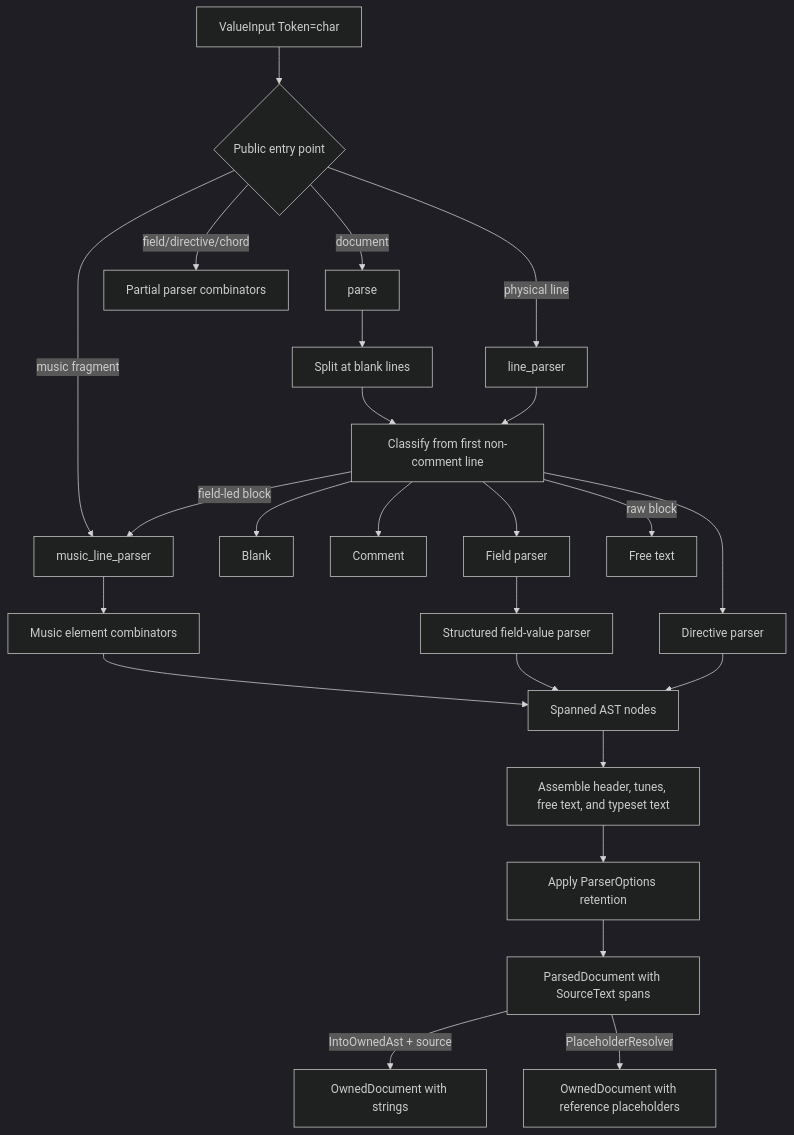
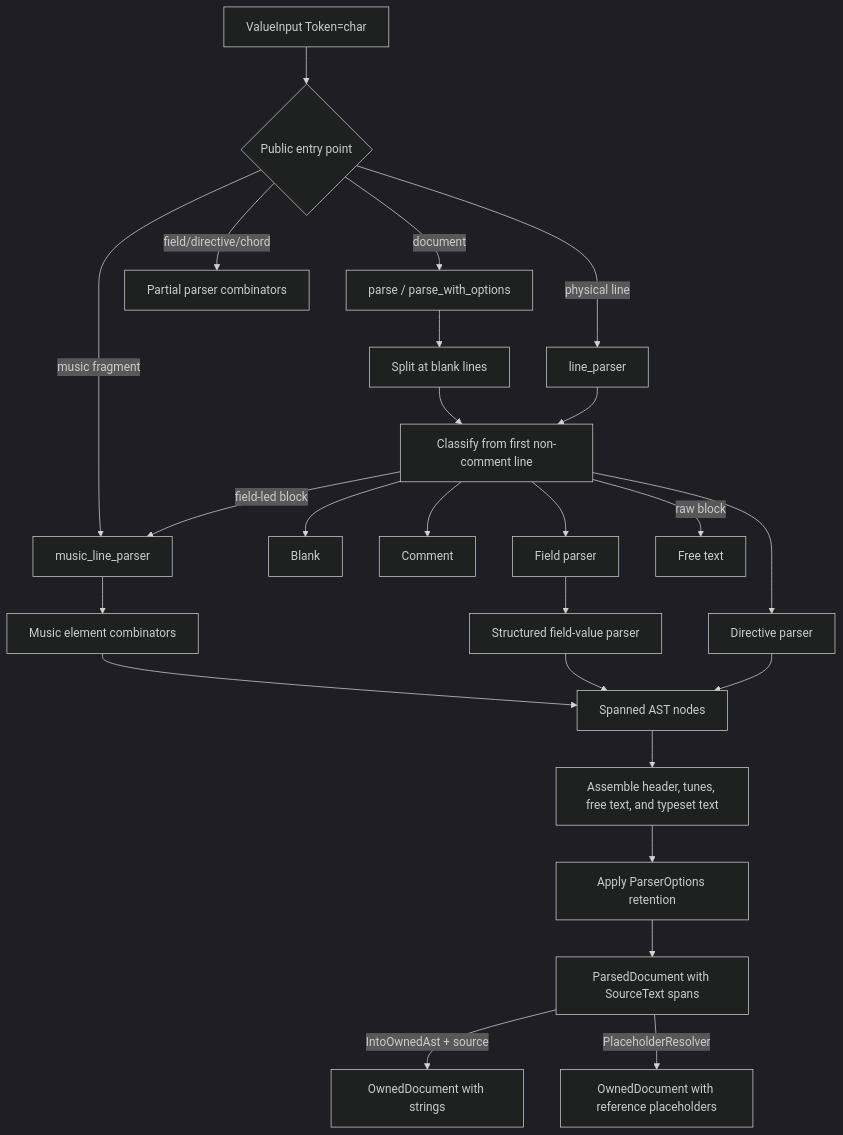
The first of 4 diagrams in docs/architecture.md (mauricebarnum/abc-parser), drawn with Mermaid (dark theme) before and after one commit. The commit also changed other lines of this file and 9 other files, not shown here.

````diff
--- a/docs/architecture.md
+++ b/docs/architecture.md
@@ -25,27 +26,27 @@
 ```mermaid
 flowchart TD
     source["ValueInput Token=char"] --> entry{Public entry point}
-    entry -->|document| recovering[parse]
+    entry -->|document| recovering[parse / parse_with_options]
     entry -->|physical line| line[line_parser]
     entry -->|music fragment| music[music_line_parser]
     entry -->|field/directive/chord| partial[Partial parser combinators]
     recovering --> split[Split at blank lines]
     split --> classify[Classify from first non-comment line]
     line --> classify
     classify --> blank[Blank]
     classify --> comment[Comment]
     classify --> directive[Directive parser]
     classify --> field[Field parser]
     classify -->|field-led block| music
     classify -->|raw block| free[Free text]
     field --> field_value[Structured field-value parser]
     music --> elements[Music element combinators]
     elements --> ast[Spanned AST nodes]
     field_value --> ast
     directive --> ast
     ast --> ordered[Assemble header, tunes, free text, and typeset text]
     ordered --> filter[Apply ParserOptions retention]
     filter --> parsed[ParsedDocument with SourceText spans]
     parsed -->|IntoOwnedAst + source| owned[OwnedDocument with strings]
     parsed -->|PlaceholderResolver| detached[OwnedDocument with reference placeholders]
 ```
````
